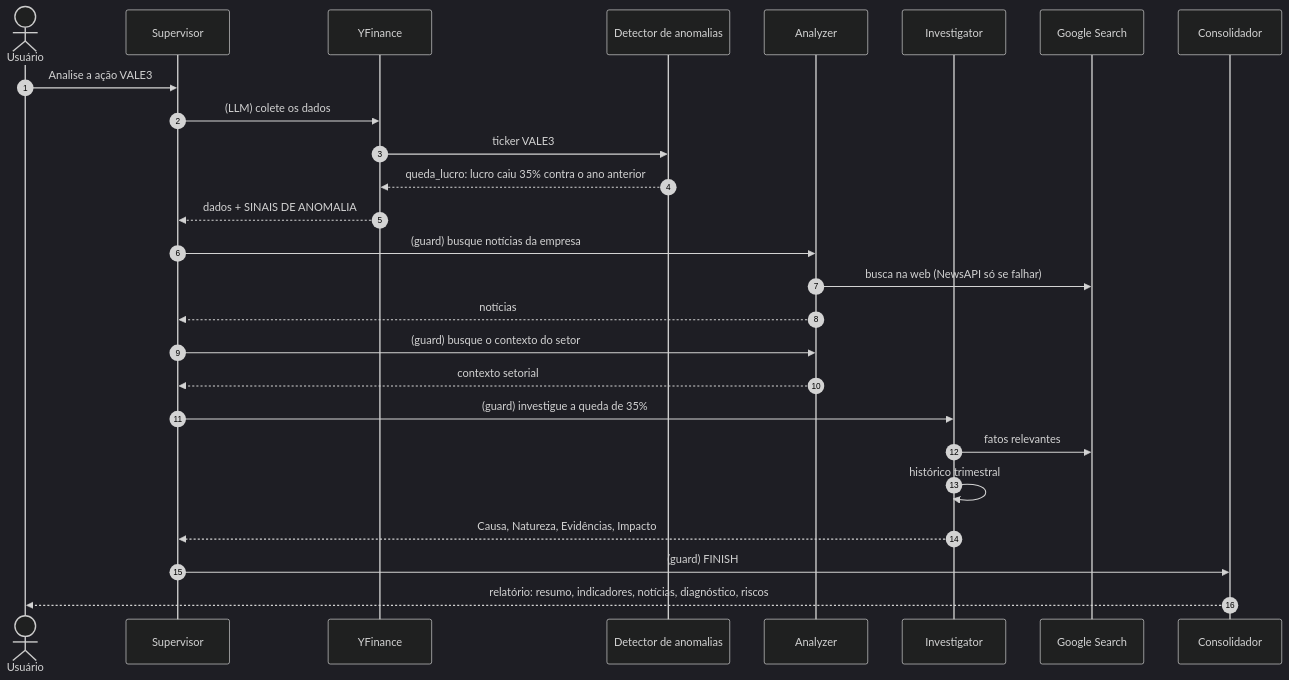
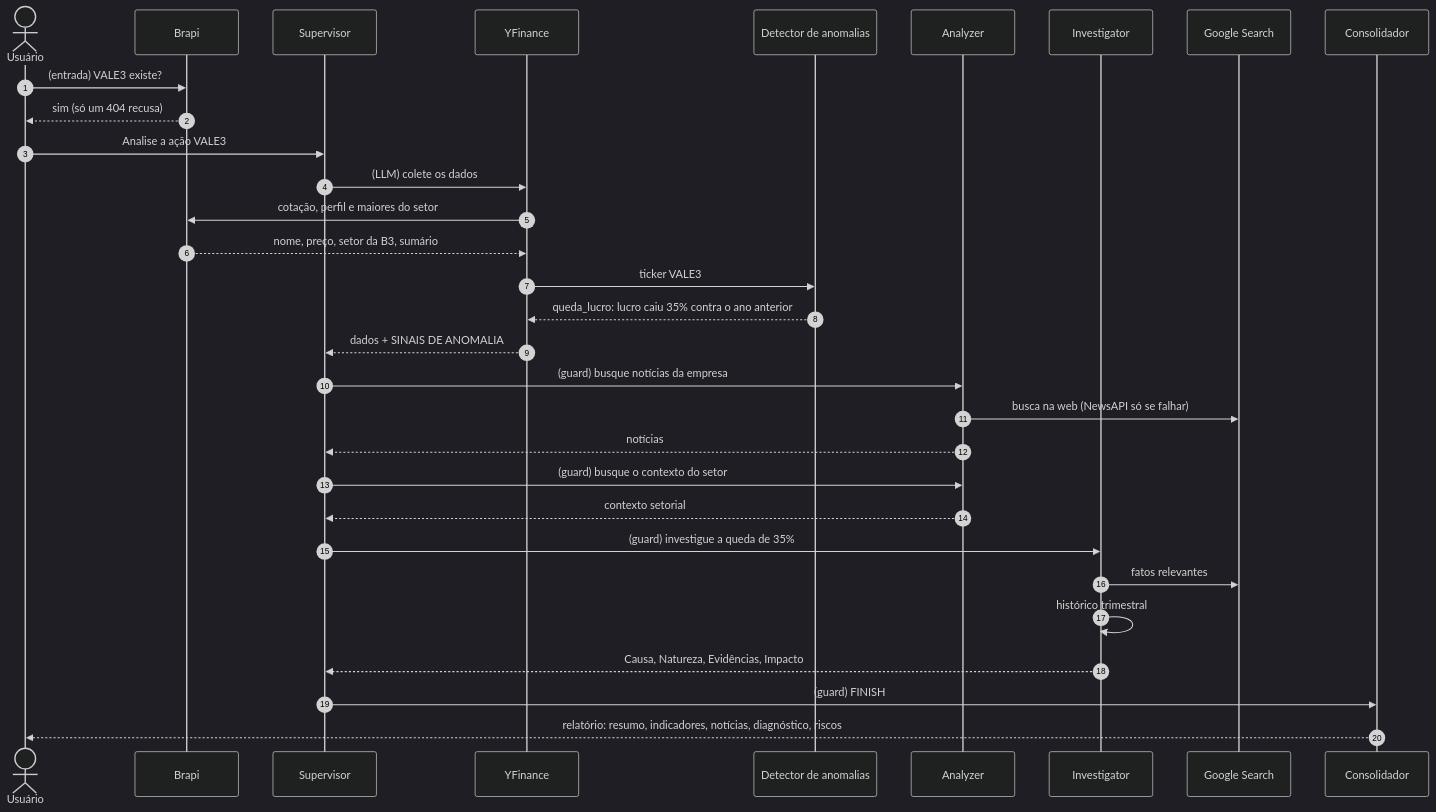
The third of 6 diagrams in docs/arquitetura.md (igorc22/pipeline-inteligencia-financeira-b3), drawn with Mermaid (dark theme) before and after one commit. The commit also changed other lines of this file and 2 other files, not shown here.

Commit message:
docs: brapi e moeda dos demonstrativos no diário, na arquitetura e no readme

````diff
--- a/docs/arquitetura.md
+++ b/docs/arquitetura.md
@@ -104,29 +104,34 @@
 ```mermaid
 sequenceDiagram
     autonumber
     actor U as Usuário
+    participant B as Brapi
     participant S as Supervisor
     participant Y as YFinance
     participant D as Detector de anomalias
     participant A as Analyzer
     participant I as Investigator
     participant W as Google Search
     participant C as Consolidador
 
+    U->>B: (entrada) VALE3 existe?
+    B-->>U: sim (só um 404 recusa)
     U->>S: Analise a ação VALE3
     S->>Y: (LLM) colete os dados
+    Y->>B: cotação, perfil e maiores do setor
+    B-->>Y: nome, preço, setor da B3, sumário
     Y->>D: ticker VALE3
     D-->>Y: queda_lucro: lucro caiu 35% contra o ano anterior
     Y-->>S: dados + SINAIS DE ANOMALIA
     S->>A: (guard) busque notícias da empresa
     A->>W: busca na web (NewsAPI só se falhar)
     A-->>S: notícias
     S->>A: (guard) busque o contexto do setor
     A-->>S: contexto setorial
     S->>I: (guard) investigue a queda de 35%
     I->>W: fatos relevantes
     I->>I: histórico trimestral
     I-->>S: Causa, Natureza, Evidências, Impacto
     S->>C: (guard) FINISH
     C-->>U: relatório: resumo, indicadores, notícias, diagnóstico, riscos
 ```
````
